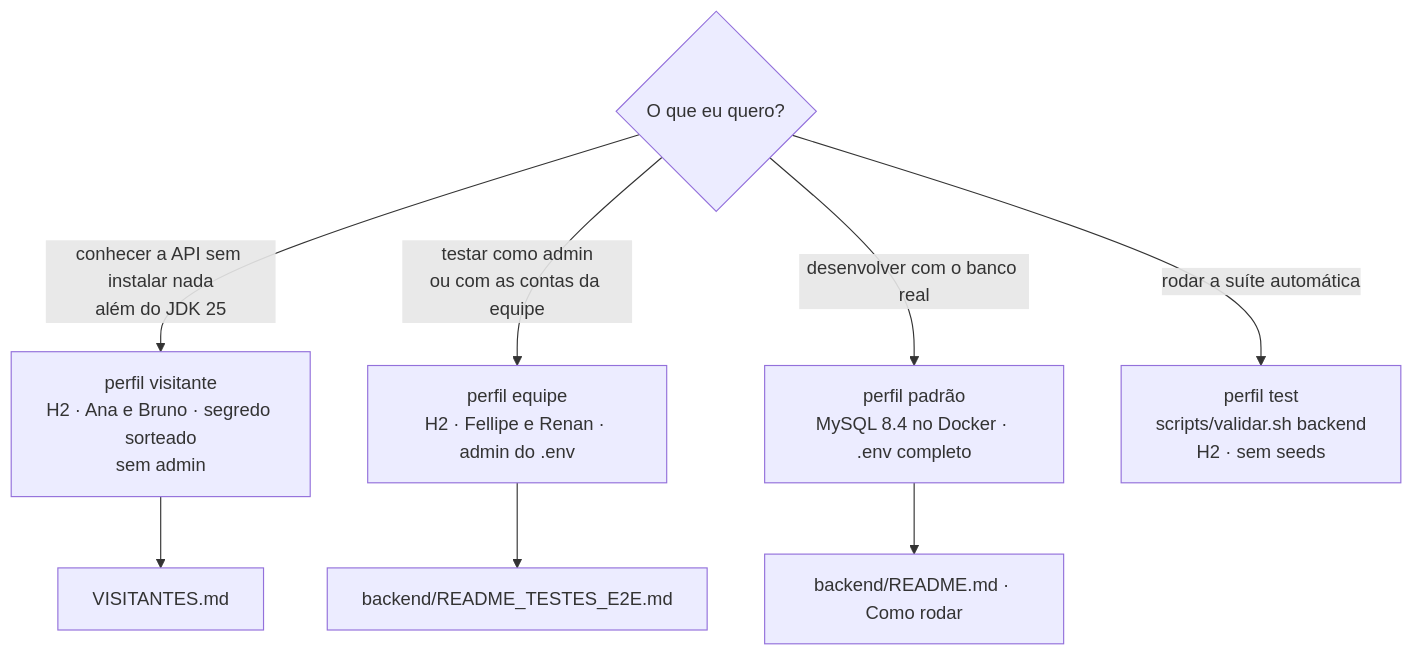
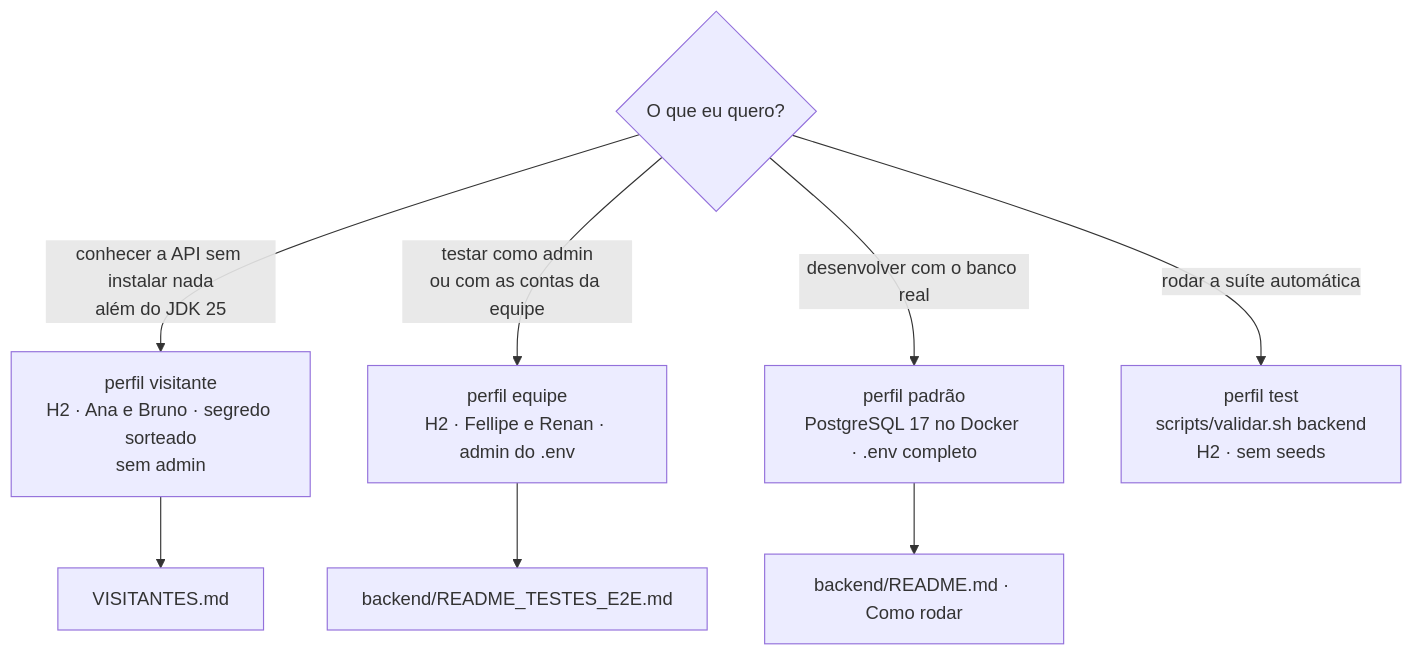
The ninth of 11 diagrams in FLUXOS.md (k3vinrich4rd/rkf_bank), drawn with Mermaid before and after one commit. The commit also changed other lines of this file and 21 other files, not shown here.

First line of the commit message:
docs(banco): decisao, guia de corte e prompt do Renan para o PostgreSQL

````diff
--- a/FLUXOS.md
+++ b/FLUXOS.md
@@ -502,10 +502,10 @@
 ```mermaid
 flowchart TD
     Q{"O que eu quero?"} -->|"conhecer a API sem instalar nada<br/>além do JDK 25"| VIS["perfil visitante<br/>H2 · Ana e Bruno · segredo sorteado<br/>sem admin"]
     Q -->|"testar como admin<br/>ou com as contas da equipe"| EQ["perfil equipe<br/>H2 · Fellipe e Renan · admin do .env"]
-    Q -->|"desenvolver com o banco real"| PAD["perfil padrão<br/>MySQL 8.4 no Docker · .env completo"]
+    Q -->|"desenvolver com o banco real"| PAD["perfil padrão<br/>PostgreSQL 17 no Docker · .env completo"]
     Q -->|"rodar a suíte automática"| TST["perfil test<br/>scripts/validar.sh backend<br/>H2 · sem seeds"]
     VIS --> G1["VISITANTES.md"]
     EQ --> G2["backend/README_TESTES_E2E.md"]
     PAD --> G3["backend/README.md · Como rodar"]
 ```
````
